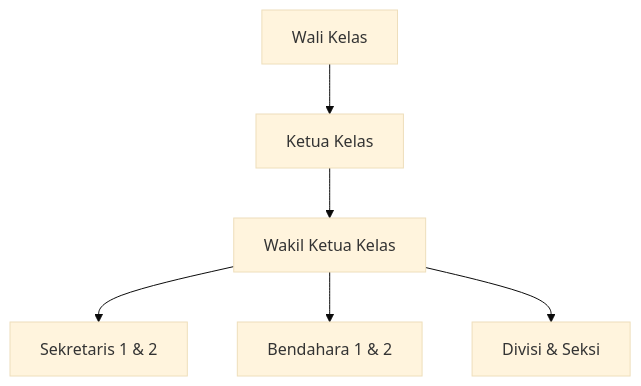
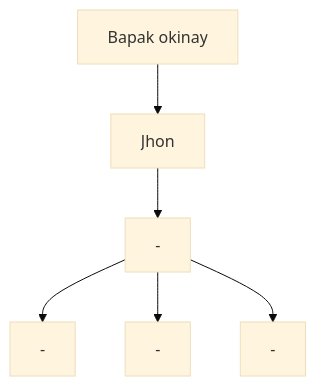
The diagram in README.md (SeeZhoo/kelas), drawn with Mermaid (base theme) before and after one commit. The commit also changed other lines of this file, not shown here.

````diff
--- a/README.md
+++ b/README.md
@@ -19,9 +18,9 @@
 ```mermaid
 graph TD
-    A[Wali Kelas] --> B[Ketua Kelas]
-    B --> C[Wakil Ketua Kelas]
-    C --> D[Sekretaris 1 & 2]
-    C --> E[Bendahara 1 & 2]
-    C --> F[Divisi & Seksi]
+    A[Bapak okinay] --> B[Jhon]
+    B --> C[-]
+    C --> D[-]
+    C --> E[-]
+    C --> F[-]
 
 ```
````
